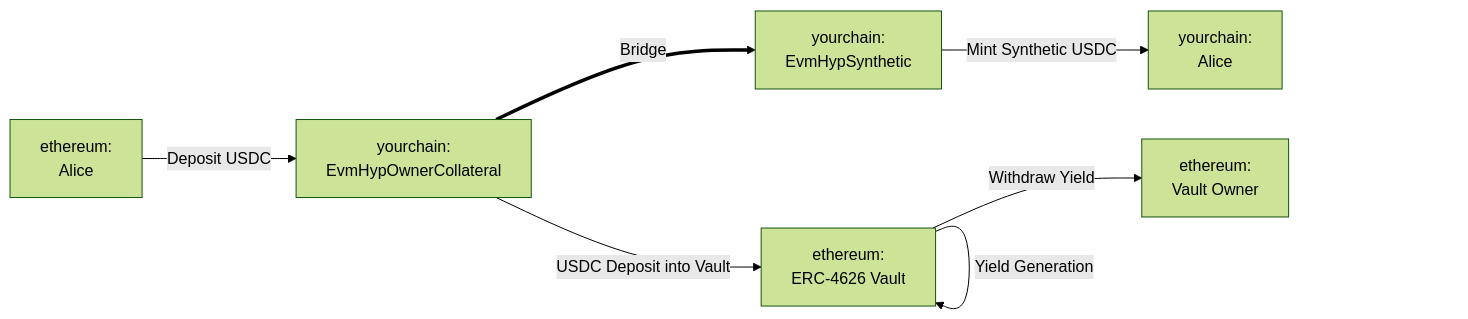
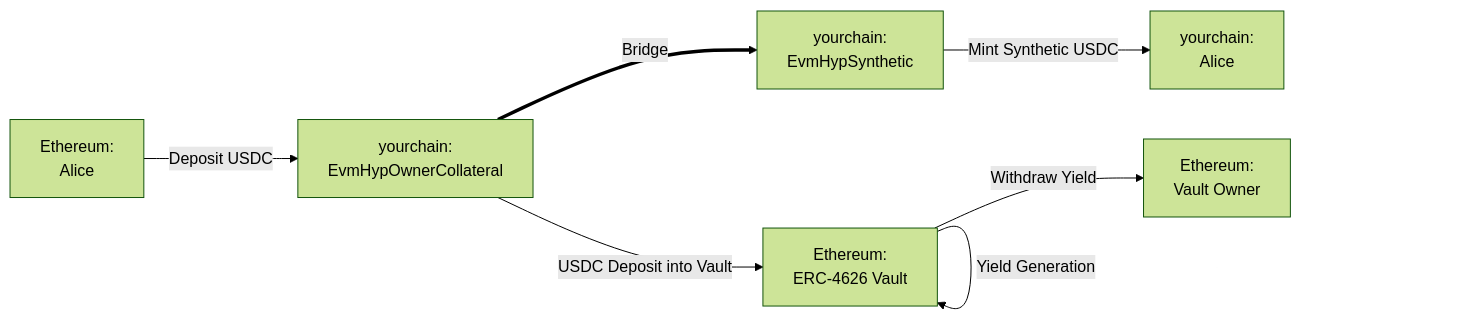
The first of 2 diagrams in docs/protocol/warp-routes/warp-routes-yield-routes.mdx (hyperlane-xyz/v3-docs), drawn with Mermaid (forest theme) before and after one commit. The commit also changed other lines of this file and 1 other file, not shown here.

````diff
--- a/docs/protocol/warp-routes/warp-routes-yield-routes.mdx
+++ b/docs/protocol/warp-routes/warp-routes-yield-routes.mdx
@@ -29,9 +29,9 @@
 ```mermaid
 flowchart LR
-    A[ethereum:<br>Alice] -->|Deposit USDC| B[yourchain:<br>EvmHypOwnerCollateral]
-    B -->|USDC Deposit into Vault| C[ethereum:<br>ERC-4626 Vault]
+    A[Ethereum:<br>Alice] -->|Deposit USDC| B[yourchain:<br>EvmHypOwnerCollateral]
+    B -->|USDC Deposit into Vault| C[Ethereum:<br>ERC-4626 Vault]
     C -->|Yield Generation| C
     B ==>|Bridge| E[yourchain:<br>EvmHypSynthetic]
     E -->|Mint Synthetic USDC| F[yourchain:<br>Alice]
-    C[ethereum:<br>ERC-4626 Vault] -->|Withdraw Yield| G[ethereum:<br>Vault Owner]
+    C[Ethereum:<br>ERC-4626 Vault] -->|Withdraw Yield| G[Ethereum:<br>Vault Owner]
 ```
````
